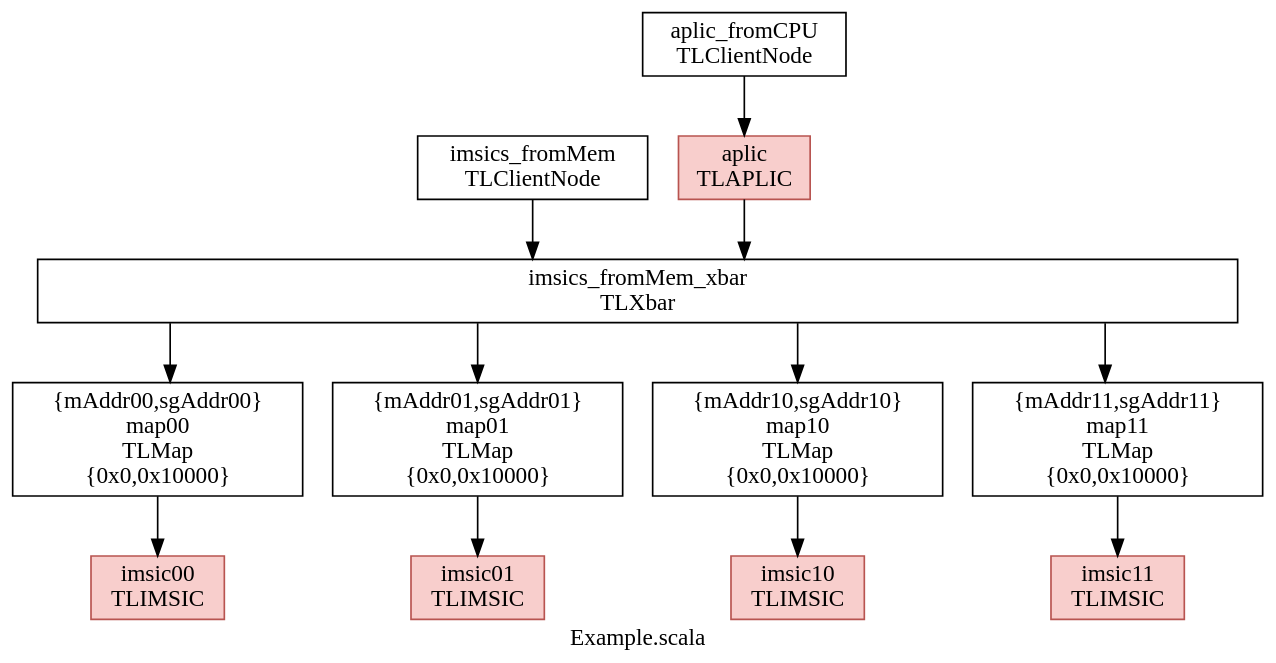
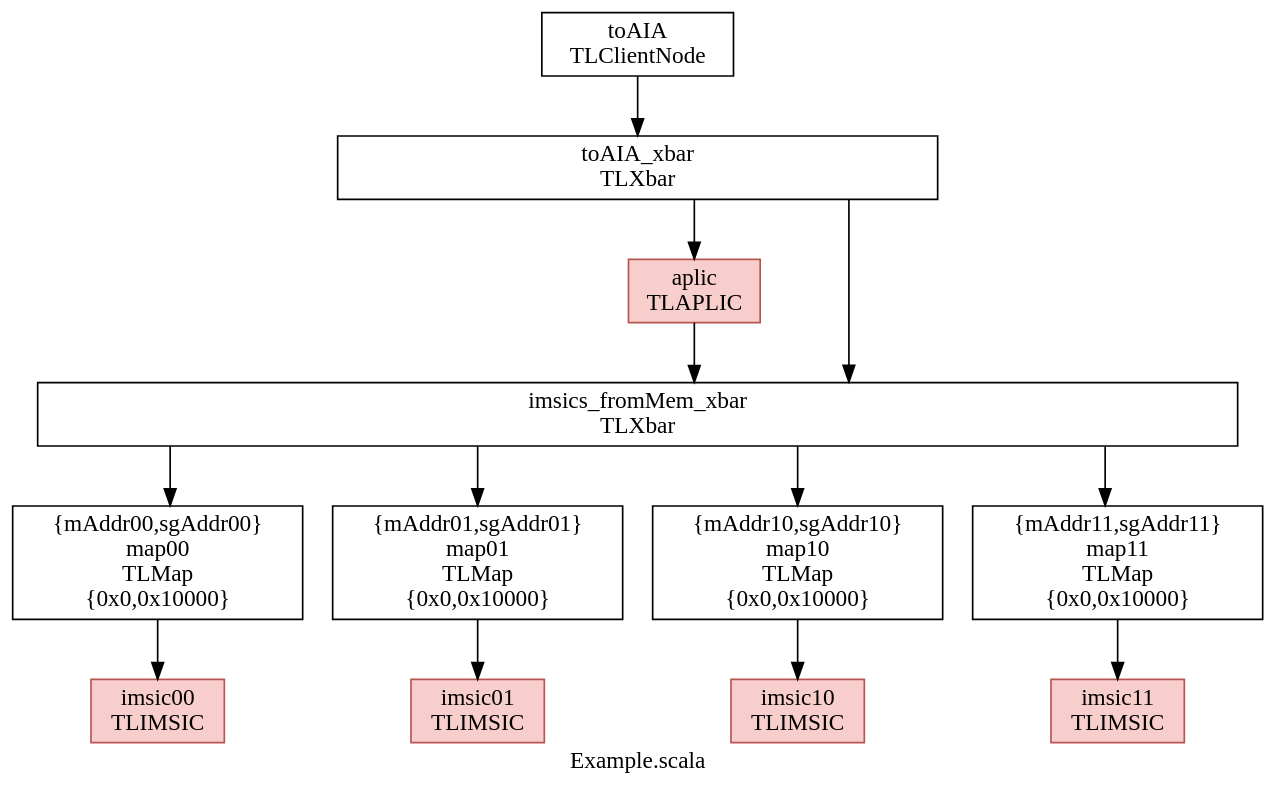
Before and after one commit to OpenXiangShan/ChiselAIA: the diagram in docs/images/example.dot, drawn with Graphviz. The commit also changed 4 other files, not shown here.

```diff
--- a/docs/images/example.dot
+++ b/docs/images/example.dot
@@ -1,25 +1,26 @@
 digraph {
   bgcolor=transparent;
   label="Example.scala";
   splines=ortho;
   node [shape=box];
 
-  imsics_fromMem[label="imsics_fromMem\nTLClientNode"];
+  toAIA[label="toAIA\nTLClientNode"];
+  toAIA_xbar[label="toAIA_xbar\nTLXbar", width=5];
+  toAIA -> toAIA_xbar;
   imsics_fromMem_xbar[label="imsics_fromMem_xbar\nTLXbar", width=10];
-  imsics_fromMem -> imsics_fromMem_xbar;
+  toAIA_xbar -> imsics_fromMem_xbar;
   imsic00[label="imsic00\nTLIMSIC", style="filled", fillcolor="#F8CECC", color="#B85450"];
   imsic01[label="imsic01\nTLIMSIC", style="filled", fillcolor="#F8CECC", color="#B85450"];
   imsic10[label="imsic10\nTLIMSIC", style="filled", fillcolor="#F8CECC", color="#B85450"];
   imsic11[label="imsic11\nTLIMSIC", style="filled", fillcolor="#F8CECC", color="#B85450"];
   map00[label="{mAddr00,sgAddr00}\nmap00\nTLMap\n{0x0,0x10000}"];
   map01[label="{mAddr01,sgAddr01}\nmap01\nTLMap\n{0x0,0x10000}"];
   map10[label="{mAddr10,sgAddr10}\nmap10\nTLMap\n{0x0,0x10000}"];
   map11[label="{mAddr11,sgAddr11}\nmap11\nTLMap\n{0x0,0x10000}"];
   imsics_fromMem_xbar -> map00 -> imsic00;
   imsics_fromMem_xbar -> map01 -> imsic01;
   imsics_fromMem_xbar -> map10 -> imsic10;
   imsics_fromMem_xbar -> map11 -> imsic11;
-  aplic_fromCPU[label="aplic_fromCPU\nTLClientNode"];
   aplic[label="aplic\nTLAPLIC", style="filled", fillcolor="#F8CECC", color="#B85450"];
-  aplic_fromCPU -> aplic -> imsics_fromMem_xbar;
+  toAIA_xbar -> aplic -> imsics_fromMem_xbar;
 }
```
